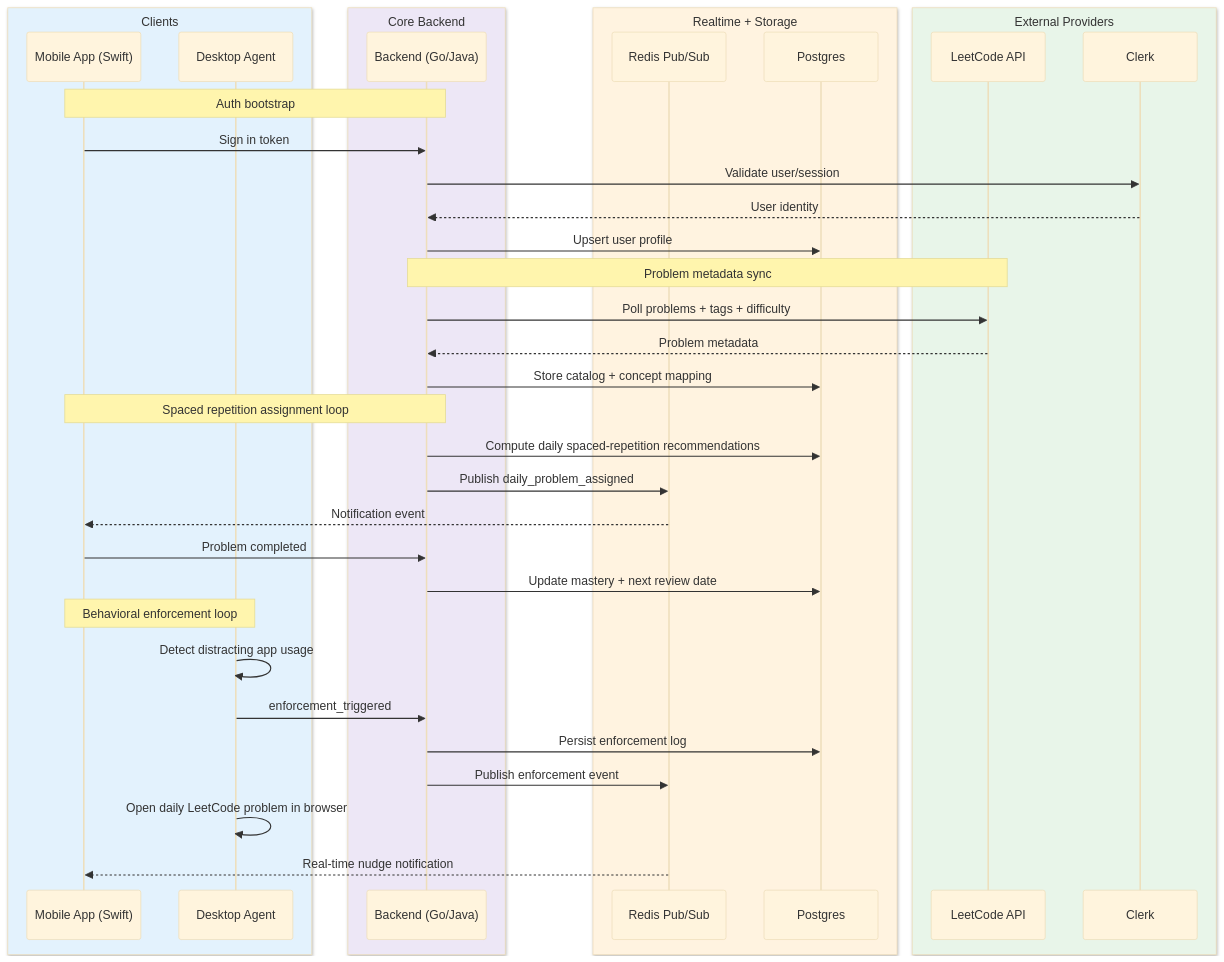
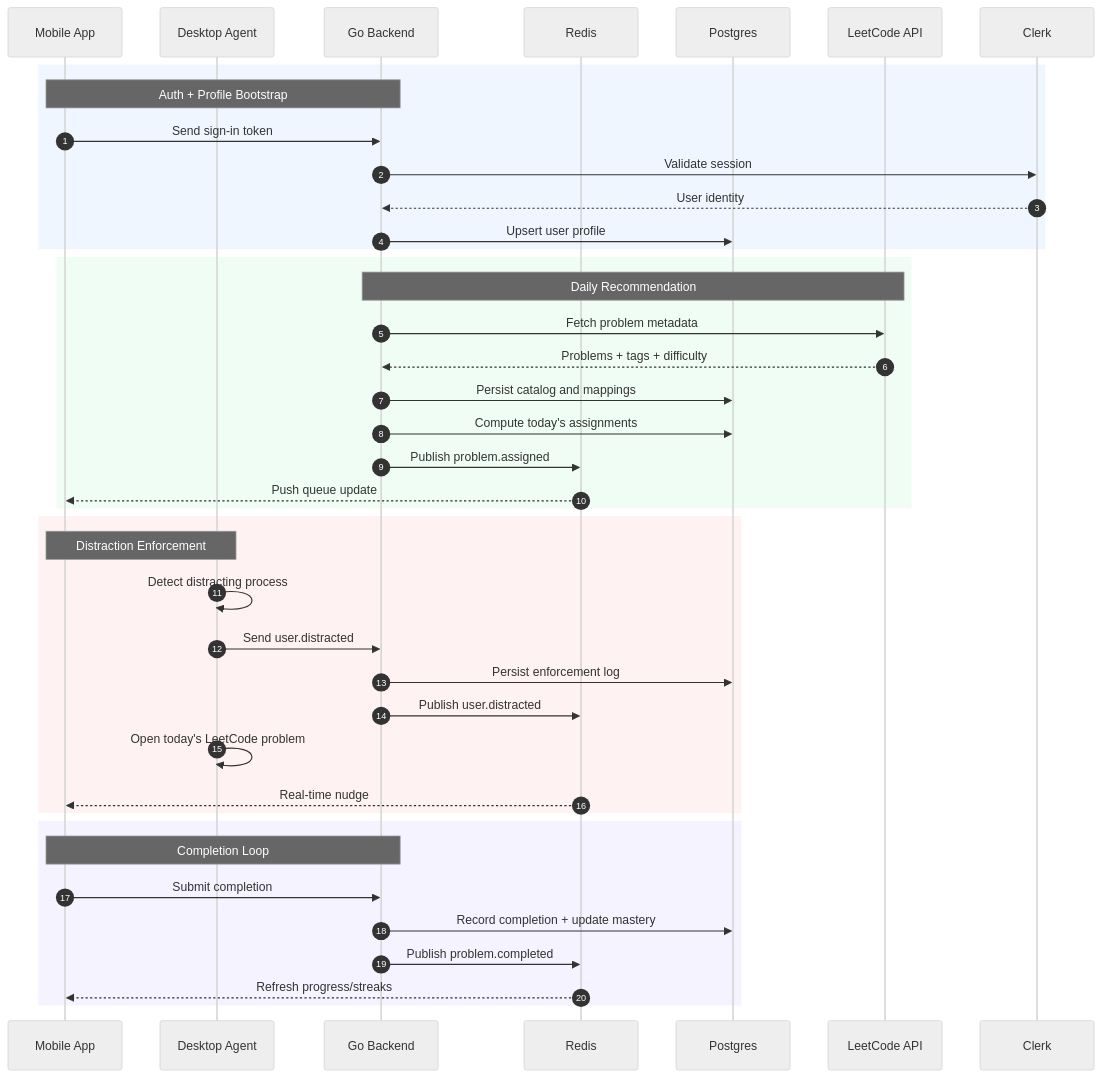
The second of 4 diagrams in README.md (joewadk/queue_up), drawn with Mermaid before and after one commit. The commit also changed other lines of this file and 40 other files, not shown here.

````diff
--- a/README.md
+++ b/README.md
@@ -54,51 +54,48 @@
 ```mermaid
-%%{init: {
-  "theme": "base",
-  "themeCSS": ".messageText,.noteText,.labelBox,.labelText,text,tspan{paint-order:stroke;stroke:#111;stroke-width:0.5px;stroke-linejoin:round;text-shadow:0.6px 0.6px 1px rgba(0,0,0,0.22);}"
-}}%%
+%%{init: {"theme": "neutral"}}%%
 sequenceDiagram
-    box rgb(227, 242, 253) Clients
-    participant Mobile as Mobile App (Swift)
+    autonumber
+    participant Mobile as Mobile App
     participant Desktop as Desktop Agent
+    participant Backend as Go Backend
+    participant Redis as Redis
+    participant PG as Postgres
+    participant LC as LeetCode API
+    participant Clerk as Clerk
+
+    rect rgb(239, 246, 255)
+        Note over Mobile,Backend: Auth + Profile Bootstrap
+        Mobile->>Backend: Send sign-in token
+        Backend->>Clerk: Validate session
+        Clerk-->>Backend: User identity
+        Backend->>PG: Upsert user profile
     end
 
-    box rgb(237, 231, 246) Core Backend
-    participant Backend as Backend (Go/Java)
+    rect rgb(240, 253, 244)
+        Note over Backend,LC: Daily Recommendation
+        Backend->>LC: Fetch problem metadata
+        LC-->>Backend: Problems + tags + difficulty
+        Backend->>PG: Persist catalog and mappings
+        Backend->>PG: Compute today's assignments
+        Backend->>Redis: Publish problem.assigned
+        Redis-->>Mobile: Push queue update
     end
 
-    box rgb(255, 243, 224) Realtime + Storage
-    participant Redis as Redis Pub/Sub
-    participant PG as Postgres
+    rect rgb(254, 242, 242)
+        Note over Desktop,Mobile: Distraction Enforcement
+        Desktop->>Desktop: Detect distracting process
+        Desktop->>Backend: Send user.distracted
+        Backend->>PG: Persist enforcement log
+        Backend->>Redis: Publish user.distracted
+        Desktop->>Desktop: Open today's LeetCode problem
+        Redis-->>Mobile: Real-time nudge
     end
 
-    box rgb(232, 245, 233) External Providers
-    participant LC as LeetCode API
-    participant Clerk as Clerk
+    rect rgb(245, 243, 255)
+        Note over Mobile,Backend: Completion Loop
+        Mobile->>Backend: Submit completion
+        Backend->>PG: Record completion + update mastery
+        Backend->>Redis: Publish problem.completed
+        Redis-->>Mobile: Refresh progress/streaks
     end
-
-    Note over Mobile,Backend: Auth bootstrap
-    Mobile->>Backend: Sign in token
-    Backend->>Clerk: Validate user/session
-    Clerk-->>Backend: User identity
-    Backend->>PG: Upsert user profile
-
-    Note over Backend,LC: Problem metadata sync
-    Backend->>LC: Poll problems + tags + difficulty
-    LC-->>Backend: Problem metadata
-    Backend->>PG: Store catalog + concept mapping
-
-    Note over Backend,Mobile: Spaced repetition assignment loop
-    Backend->>PG: Compute daily spaced-repetition recommendations
-    Backend->>Redis: Publish daily_problem_assigned
-    Redis-->>Mobile: Notification event
-    Mobile->>Backend: Problem completed
-    Backend->>PG: Update mastery + next review date
-
-    Note over Desktop,Mobile: Behavioral enforcement loop
-    Desktop->>Desktop: Detect distracting app usage
-    Desktop->>Backend: enforcement_triggered
-    Backend->>PG: Persist enforcement log
-    Backend->>Redis: Publish enforcement event
-    Desktop->>Desktop: Open daily LeetCode problem in browser
-    Redis-->>Mobile: Real-time nudge notification
 ```
````
